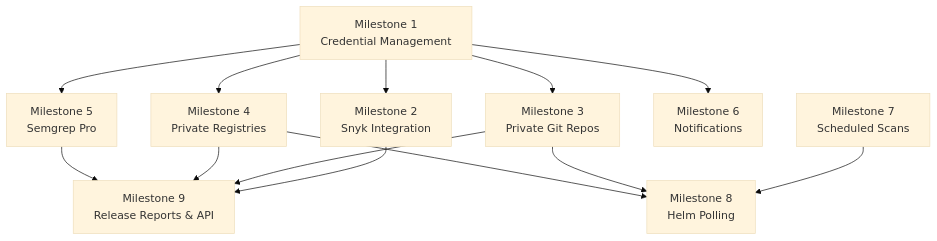
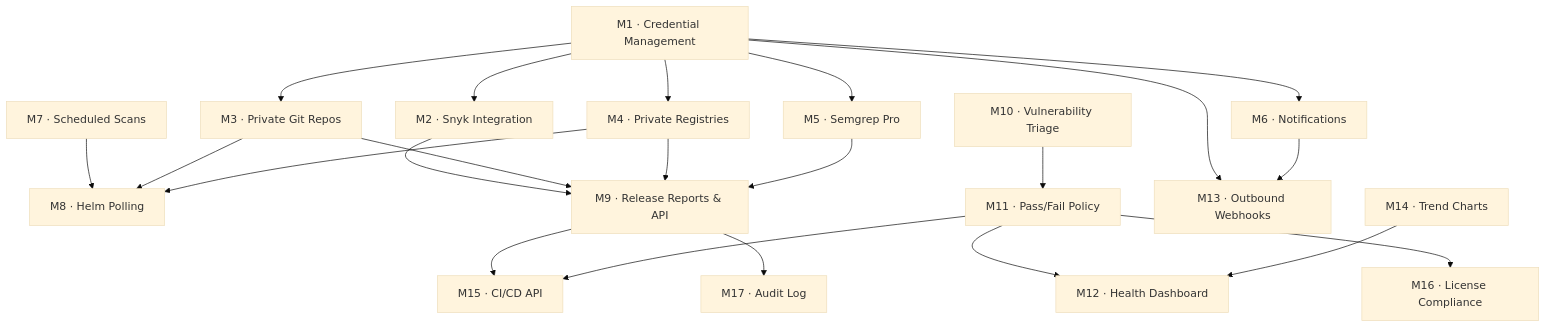
One commit to kajuberdut/ROVER changed the diagram in ROADMAP.md. Above: the diagram before and after it, drawn with Mermaid (base theme). The commit also changed other lines of this file and 2 other files, not shown here.

Commit message:
docs: add VALUE.md, update README with usage guidance, and expand ROADMAP with triage and policy features

````diff
--- a/ROADMAP.md
+++ b/ROADMAP.md
@@ -219,25 +433,42 @@
 ```mermaid
 graph TD
-    M1["Milestone 1\nCredential Management"]
-    M2["Milestone 2\nSnyk Integration"]
-    M3["Milestone 3\nPrivate Git Repos"]
-    M4["Milestone 4\nPrivate Registries"]
-    M5["Milestone 5\nSemgrep Pro"]
-    M6["Milestone 6\nNotifications"]
-    M7["Milestone 7\nScheduled Scans"]
-    M8["Milestone 8\nHelm Polling"]
-    M9["Milestone 9\nRelease Reports & API"]
+    M1["M1 · Credential Management"]
+    M2["M2 · Snyk Integration"]
+    M3["M3 · Private Git Repos"]
+    M4["M4 · Private Registries"]
+    M5["M5 · Semgrep Pro"]
+    M6["M6 · Notifications"]
+    M7["M7 · Scheduled Scans"]
+    M8["M8 · Helm Polling"]
+    M9["M9 · Release Reports & API"]
+    M10["M10 · Vulnerability Triage"]
+    M11["M11 · Pass/Fail Policy"]
+    M12["M12 · Health Dashboard"]
+    M13["M13 · Outbound Webhooks"]
+    M14["M14 · Trend Charts"]
+    M15["M15 · CI/CD API"]
+    M16["M16 · License Compliance"]
+    M17["M17 · Audit Log"]
 
     M1 --> M2
     M1 --> M3
     M1 --> M4
     M1 --> M5
     M1 --> M6
+    M1 --> M13
     M7 --> M8
     M3 --> M8
     M4 --> M8
     M2 --> M9
     M3 --> M9
     M4 --> M9
     M5 --> M9
+    M10 --> M11
+    M11 --> M12
+    M14 --> M12
+    M9 --> M15
+    M11 --> M15
+    M6 --> M13
+    M11 --> M16
+    M9 --> M17
 ```
````
